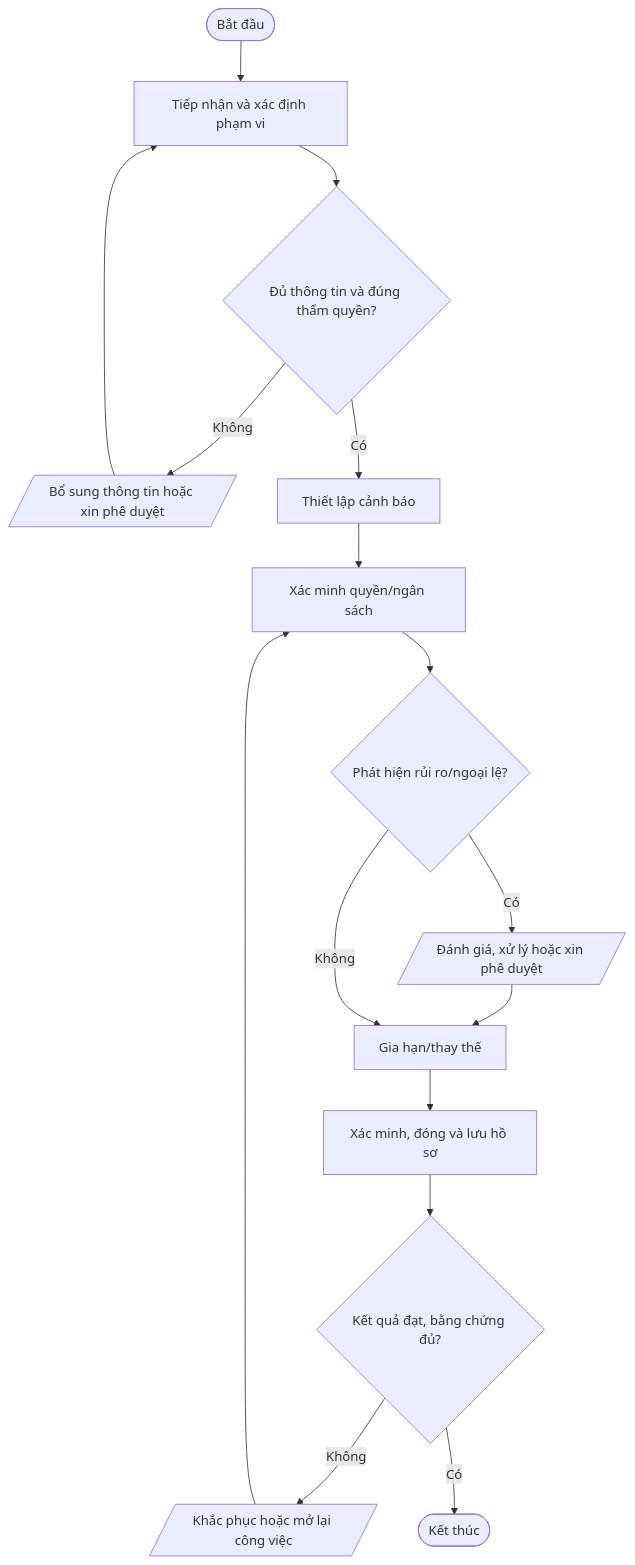
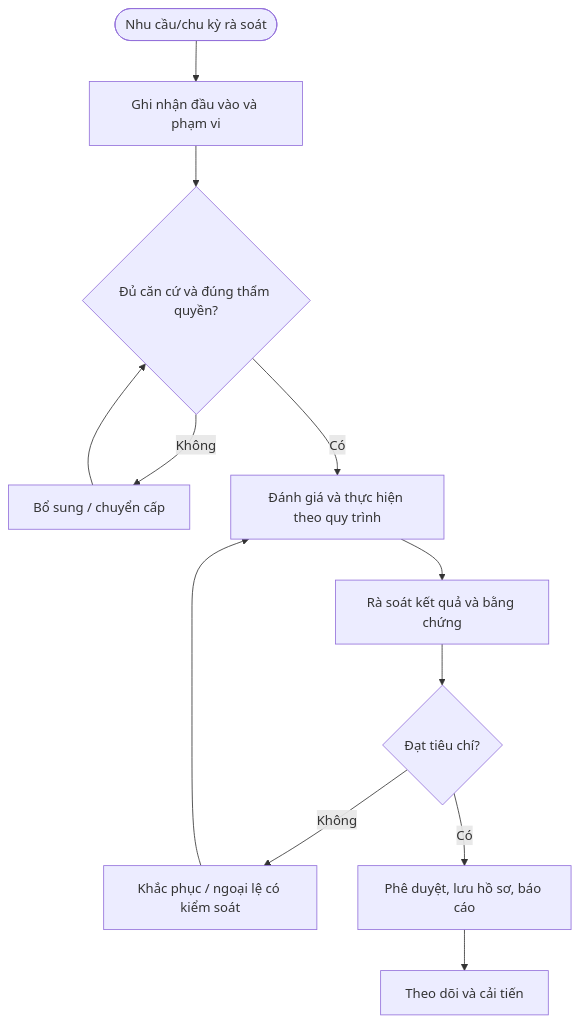
One commit to daoaigiangnam/Quy_Trinh_Chuan changed the diagram in quy-trinh/chi-tiet/QT-OPS-03.md. Above: the diagram before and after it, drawn with Mermaid. The commit also changed other lines of this file, not shown here.

````diff
--- a/quy-trinh/chi-tiet/QT-OPS-03.md
+++ b/quy-trinh/chi-tiet/QT-OPS-03.md
@@ -31,18 +120,14 @@
 ```mermaid
 flowchart TD
-  A([Bắt đầu]) --> S1["Tiếp nhận và xác định phạm vi"]
-  S1 --> D1{"Đủ thông tin và đúng thẩm quyền?"}
-  D1 -- Không --> F1[/"Bổ sung thông tin hoặc xin phê duyệt"/]
-  F1 --> S1
-  D1 -- Có --> S2["Thiết lập cảnh báo"]
-  S2 --> S3["Xác minh quyền/ngân sách"]
-  S3 --> D2{"Phát hiện rủi ro/ngoại lệ?"}
-  D2 -- Có --> RISK[/"Đánh giá, xử lý hoặc xin phê duyệt"/]
-  RISK --> S4["Gia hạn/thay thế"]
-  D2 -- Không --> S4
-  S4 --> S5["Xác minh, đóng và lưu hồ sơ"]
-  S5 --> D3{"Kết quả đạt, bằng chứng đủ?"}
-  D3 -- Không --> R[/"Khắc phục hoặc mở lại công việc"/]
-  R --> S3
-  D3 -- Có --> Z([Kết thúc])
+ A([Nhu cầu/chu kỳ rà soát]) --> B[Ghi nhận đầu vào và phạm vi]
+ B --> C{Đủ căn cứ và đúng thẩm quyền?}
+ C -- Không --> D[Bổ sung / chuyển cấp]
+ D --> C
+ C -- Có --> E[Đánh giá và thực hiện theo quy trình]
+ E --> F[Rà soát kết quả và bằng chứng]
+ F --> G{Đạt tiêu chí?}
+ G -- Không --> H[Khắc phục / ngoại lệ có kiểm soát]
+ H --> E
+ G -- Có --> I[Phê duyệt, lưu hồ sơ, báo cáo]
+ I --> J[Theo dõi và cải tiến]
 ```
````
